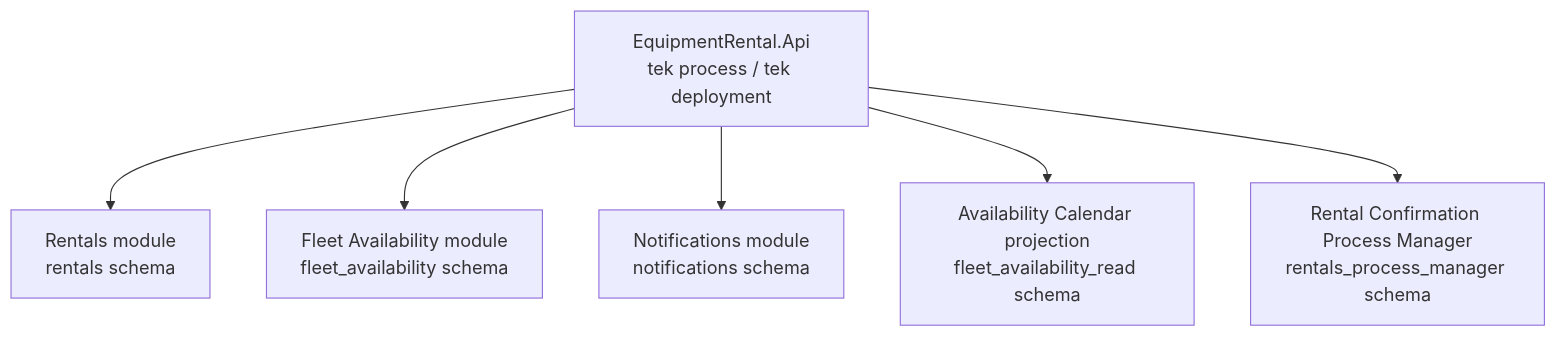
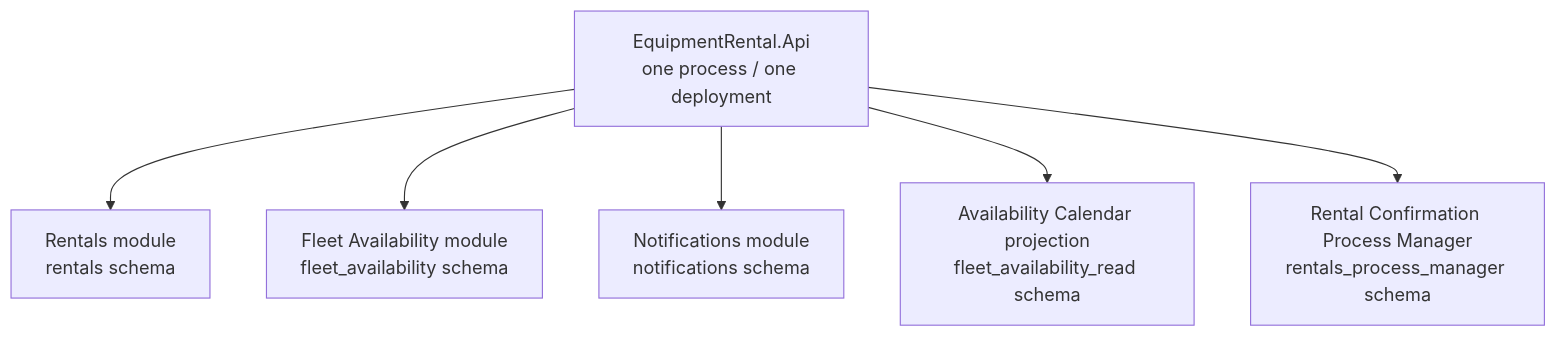
The diagram in docs/architecture/service-extraction-assessment.md (muratyildi/equipment-rental-ddd), drawn with Mermaid before and after one commit. The commit also changed other lines of this file and 47 other files, not shown here.

First line of the commit message:
docs: publish English architecture and learning guides (#9)

````diff
--- a/docs/architecture/service-extraction-assessment.md
+++ b/docs/architecture/service-extraction-assessment.md
@@ -41,9 +40,9 @@
 ```mermaid
 flowchart TB
-    HOST["EquipmentRental.Api<br/>tek process / tek deployment"]
+    HOST["EquipmentRental.Api<br/>one process / one deployment"]
     HOST --> R["Rentals module<br/>rentals schema"]
     HOST --> FA["Fleet Availability module<br/>fleet_availability schema"]
     HOST --> N["Notifications module<br/>notifications schema"]
     HOST --> CAL["Availability Calendar projection<br/>fleet_availability_read schema"]
     HOST --> PM["Rental Confirmation Process Manager<br/>rentals_process_manager schema"]
 ```
````
